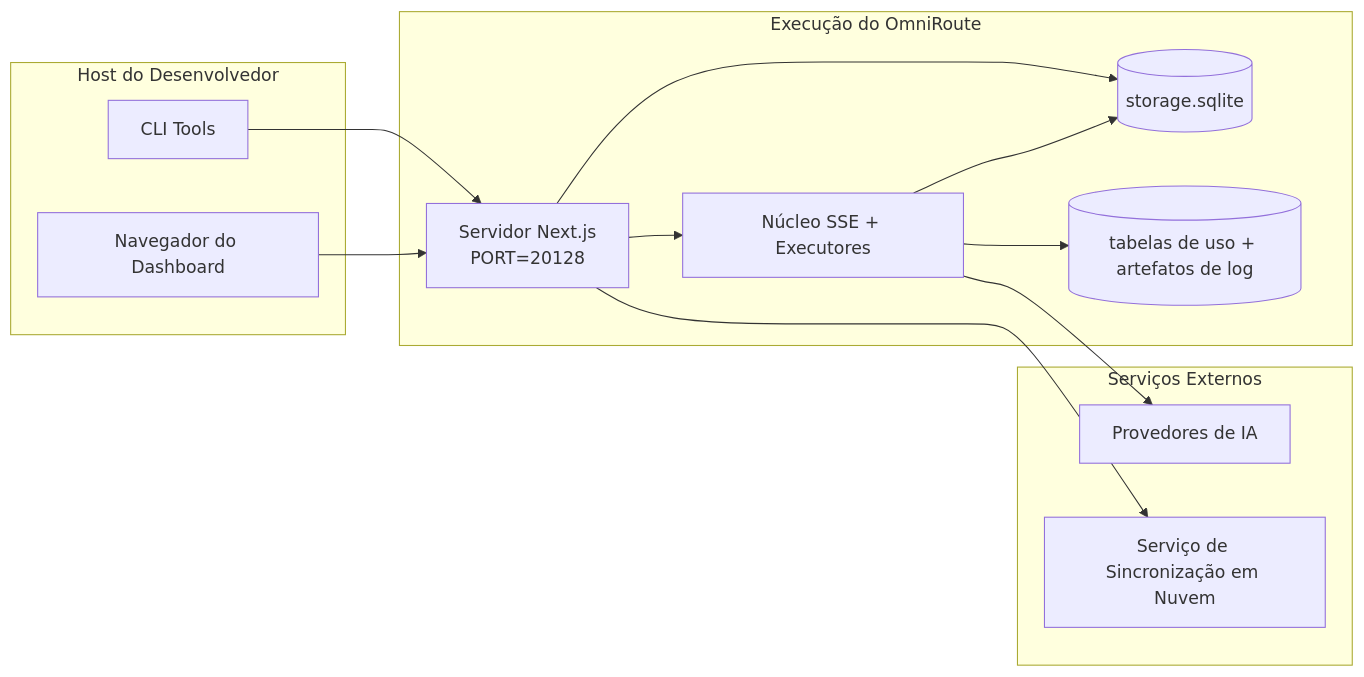
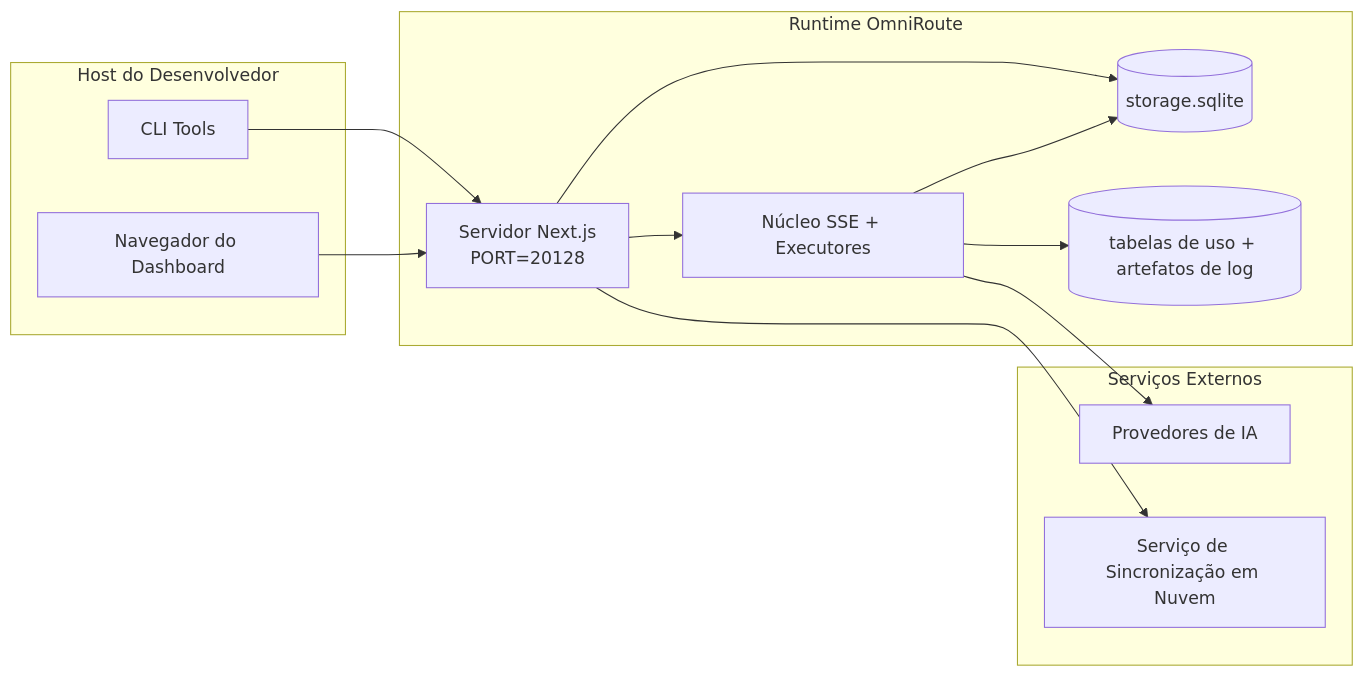
One commit to innotelinc/jesus changed the seventh of 7 diagrams in apps/omniroute/docs/i18n/pt-BR/docs/architecture/ARCHITECTURE.md. Above: the diagram before and after it, drawn with Mermaid. The commit also changed other lines of this file and 1 other file, not shown here.

First line of the commit message:
fix(i18n): refresh translation state hash for architecture/ARCHITECTURE.md

````diff
--- a/apps/omniroute/docs/i18n/pt-BR/docs/architecture/ARCHITECTURE.md
+++ b/apps/omniroute/docs/i18n/pt-BR/docs/architecture/ARCHITECTURE.md
@@ -782,28 +791,28 @@
 ```mermaid
 flowchart LR
     subgraph LocalHost[Host do Desenvolvedor]
         CLI[CLI Tools]
         Browser[Navegador do Dashboard]
     end
 
-    subgraph ContainerOrProcess[Execução do OmniRoute]
+    subgraph ContainerOrProcess[Runtime OmniRoute]
         Next[Servidor Next.js\nPORT=20128]
         Core[Núcleo SSE + Executores]
         MainDB[(storage.sqlite)]
         UsageDB[(tabelas de uso + artefatos de log)]
     end
 
     subgraph External[Serviços Externos]
         Providers[Provedores de IA]
         SyncCloud[Serviço de Sincronização em Nuvem]
     end
 
     CLI --> Next
     Browser --> Next
     Next --> Core
     Next --> MainDB
     Core --> MainDB
     Core --> UsageDB
     Core --> Providers
     Next --> SyncCloud
 ```
````
